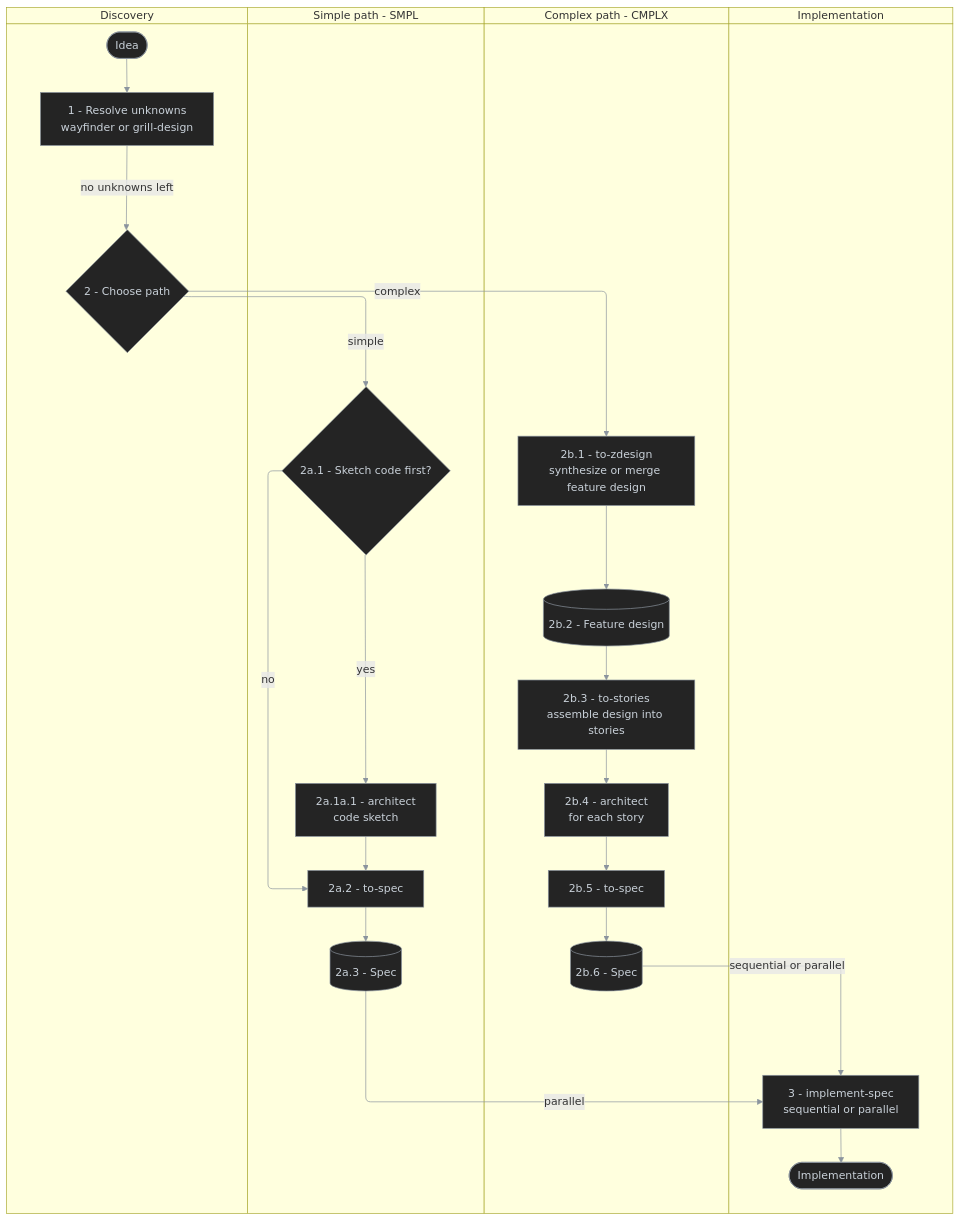
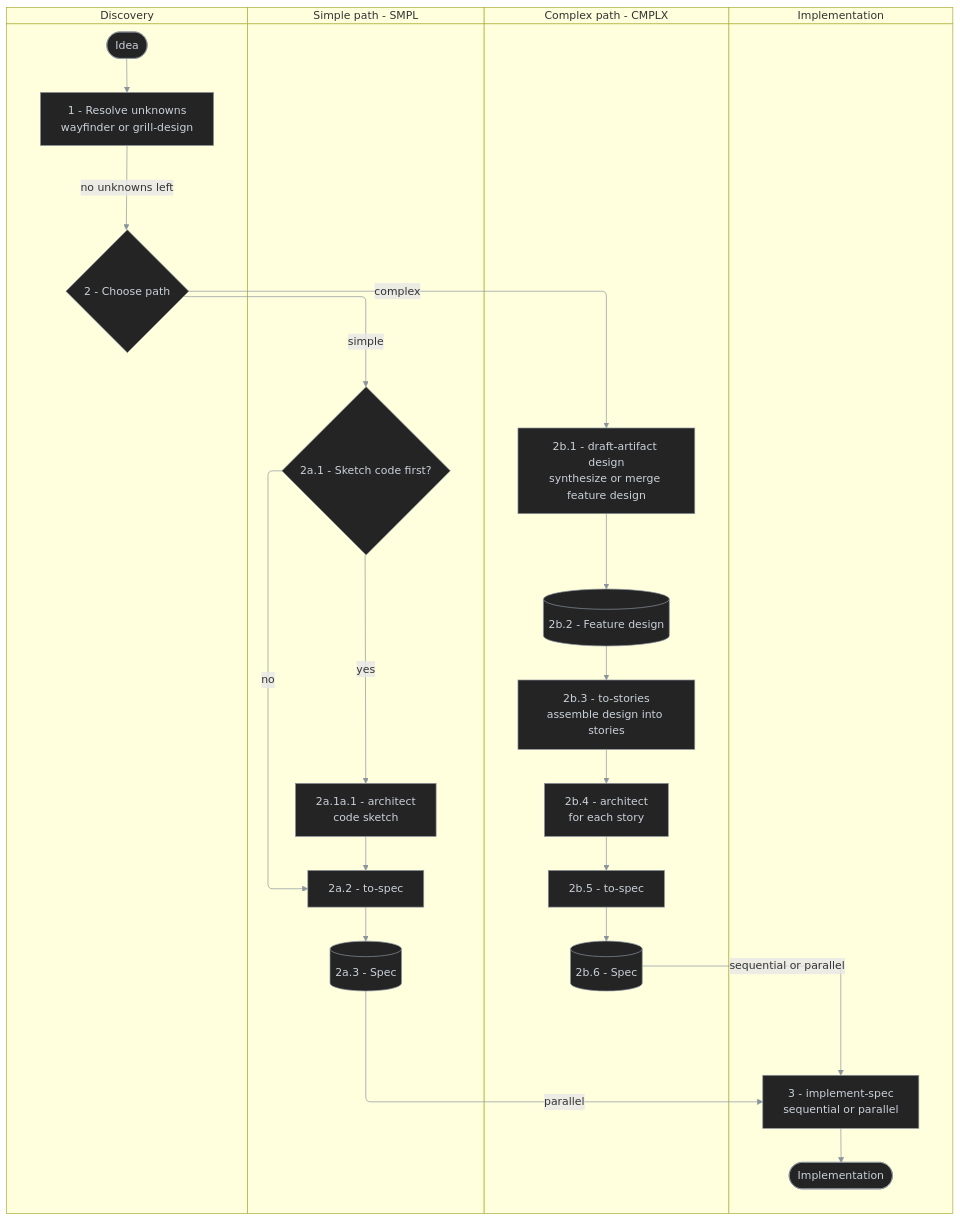
One commit to antshc/brain changed the first of 4 diagrams in plugins/wf/README.md. Above: the diagram before and after it, drawn with Mermaid. The commit also changed other lines of this file and 14 other files, not shown here.

Commit message:
refactor(wf): fold feature design into draft artifact

````diff
--- a/plugins/wf/README.md
+++ b/plugins/wf/README.md
@@ -28,44 +28,44 @@
 ```mermaid
 %%{init: {'themeVariables': {'lineColor': '#8b949e'}}}%%
 %% diagram-id: wf-idea-to-implementation-swimlane
 swimlane-beta TB
   accTitle: Idea to implementation responsibility
   accDescr: Shows discovery choosing a simple or complex path, each producing a spec that implement-spec turns into an implementation.
 
   subgraph discovery [Discovery]
     idea([Idea])
     resolve[1 - Resolve unknowns<br/>wayfinder or grill-design]
     choosePath{2 - Choose path}
   end
 
   subgraph simple [Simple path - SMPL]
     sketchFirst{2a.1 - Sketch code first?}
     smplArchitect[2a.1a.1 - architect<br/>code sketch]
     smplToSpec[2a.2 - to-spec]
     smplSpec[(2a.3 - Spec)]
   end
 
   subgraph complex [Complex path - CMPLX]
-    toZdesign[2b.1 - to-zdesign<br/>synthesize or merge feature design]
+    toZdesign[2b.1 - draft-artifact design<br/>synthesize or merge feature design]
     design[(2b.2 - Feature design)]
     toStories[2b.3 - to-stories<br/>assemble design into stories]
     cmplxArchitect[2b.4 - architect<br/>for each story]
     cmplxToSpec[2b.5 - to-spec]
     cmplxSpec[(2b.6 - Spec)]
   end
 
   subgraph implementation [Implementation]
     implementSpec[3 - implement-spec<br/>sequential or parallel]
     done([Implementation])
   end
 
   idea --> resolve -->|no unknowns left| choosePath
   choosePath -->|simple| sketchFirst
   sketchFirst -->|no| smplToSpec
   sketchFirst -->|yes| smplArchitect --> smplToSpec
   smplToSpec --> smplSpec -->|parallel| implementSpec
   choosePath -->|complex| toZdesign --> design --> toStories --> cmplxArchitect --> cmplxToSpec --> cmplxSpec -->|sequential or parallel| implementSpec
   implementSpec --> done
 
   classDef default fill:#242424,stroke:#8b949e,color:#c9d1d9,stroke-width:1px
 ```
````
